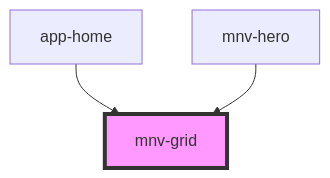
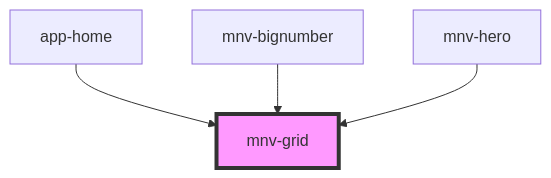
The diagram in src/components/mnv-grid/readme.md (rafaela-vairo/ufrj-sustainable), drawn with Mermaid before and after one commit. The commit also changed other lines of this file and 30 other files, not shown here.

````diff
--- a/src/components/mnv-grid/readme.md
+++ b/src/components/mnv-grid/readme.md
@@ -29,6 +30,7 @@
 ```mermaid
 graph TD;
   app-home --> mnv-grid
+  mnv-bignumber --> mnv-grid
   mnv-hero --> mnv-grid
   style mnv-grid fill:#f9f,stroke:#333,stroke-width:4px
 ```
````
